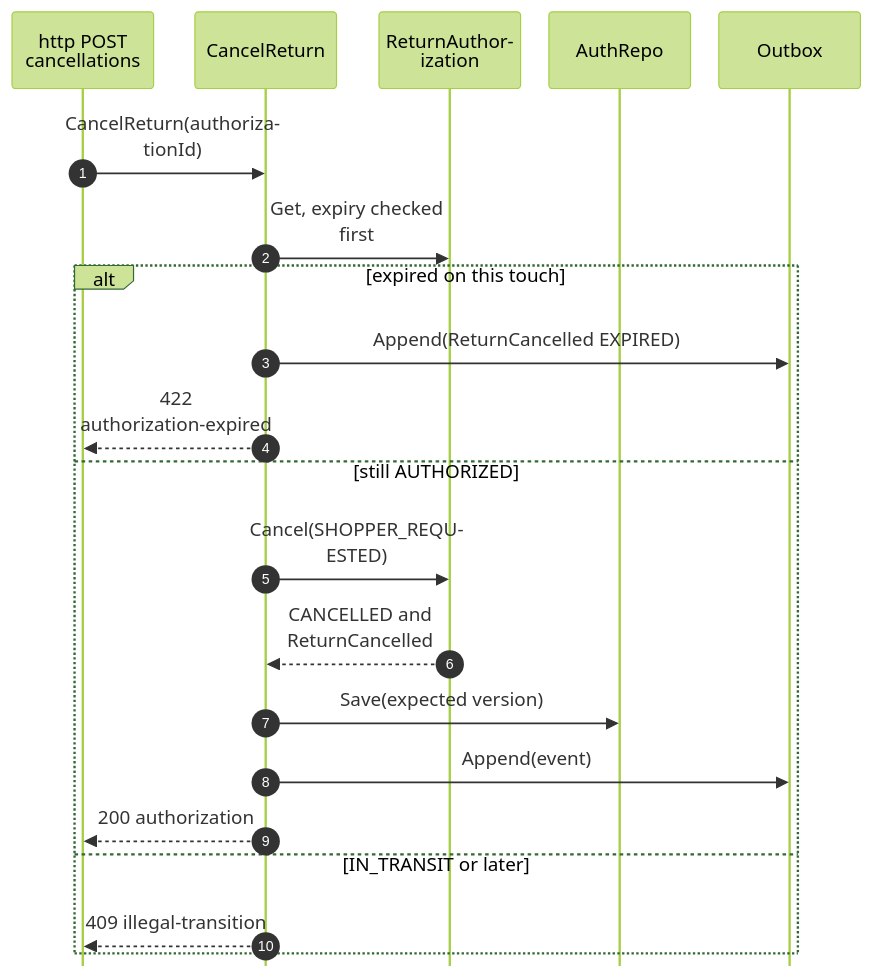
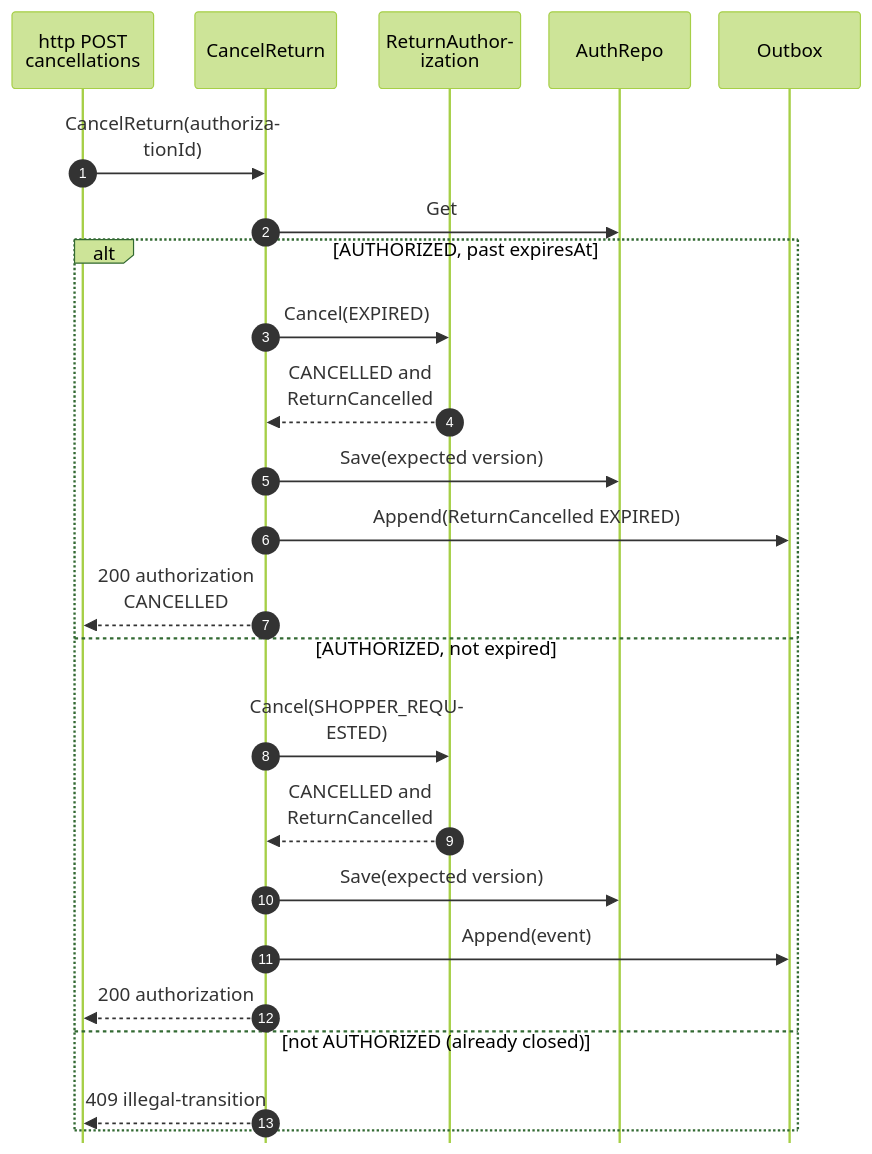
One commit to IQVO/customer-returns changed the fourth of 4 diagrams in docs/docs/ddd/sequence-diagrams.md. Above: the diagram before and after it, drawn with Mermaid (forest theme). The commit also changed other lines of this file and 9 other files, not shown here.

First line of the commit message:
docs: align cancel, expiry and state-machine docs with the as-built code

````diff
--- a/docs/docs/ddd/sequence-diagrams.md
+++ b/docs/docs/ddd/sequence-diagrams.md
@@ -139,24 +140,27 @@
 ```mermaid
 %%{init: {"sequence": {"wrap": true, "width": 120, "actorMargin": 24, "messageMargin": 28, "boxMargin": 6, "noteMargin": 6, "mirrorActors": false}}}%%
 sequenceDiagram
     autonumber
     participant H as http POST cancellations
     participant UC as CancelReturn
     participant A as ReturnAuthorization
     participant R as AuthRepo
     participant OB as Outbox
     H->>UC: CancelReturn(authorizationId)
-    UC->>A: Get, expiry checked first
-    alt expired on this touch
+    UC->>R: Get
+    alt AUTHORIZED, past expiresAt
+        UC->>A: Cancel(EXPIRED)
+        A-->>UC: CANCELLED and ReturnCancelled
+        UC->>R: Save(expected version)
         UC->>OB: Append(ReturnCancelled EXPIRED)
-        UC-->>H: 422 authorization-expired
-    else still AUTHORIZED
+        UC-->>H: 200 authorization CANCELLED
+    else AUTHORIZED, not expired
         UC->>A: Cancel(SHOPPER_REQUESTED)
         A-->>UC: CANCELLED and ReturnCancelled
         UC->>R: Save(expected version)
         UC->>OB: Append(event)
         UC-->>H: 200 authorization
-    else IN_TRANSIT or later
+    else not AUTHORIZED (already closed)
         UC-->>H: 409 illegal-transition
     end
 ```
````
